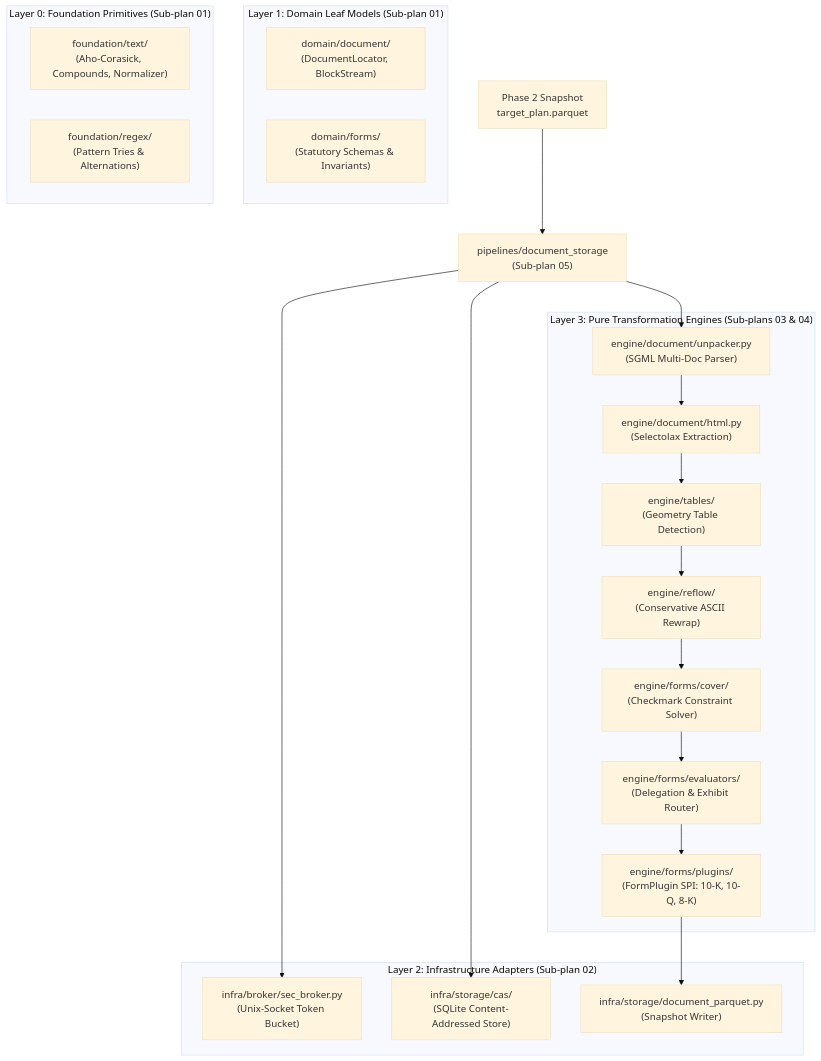
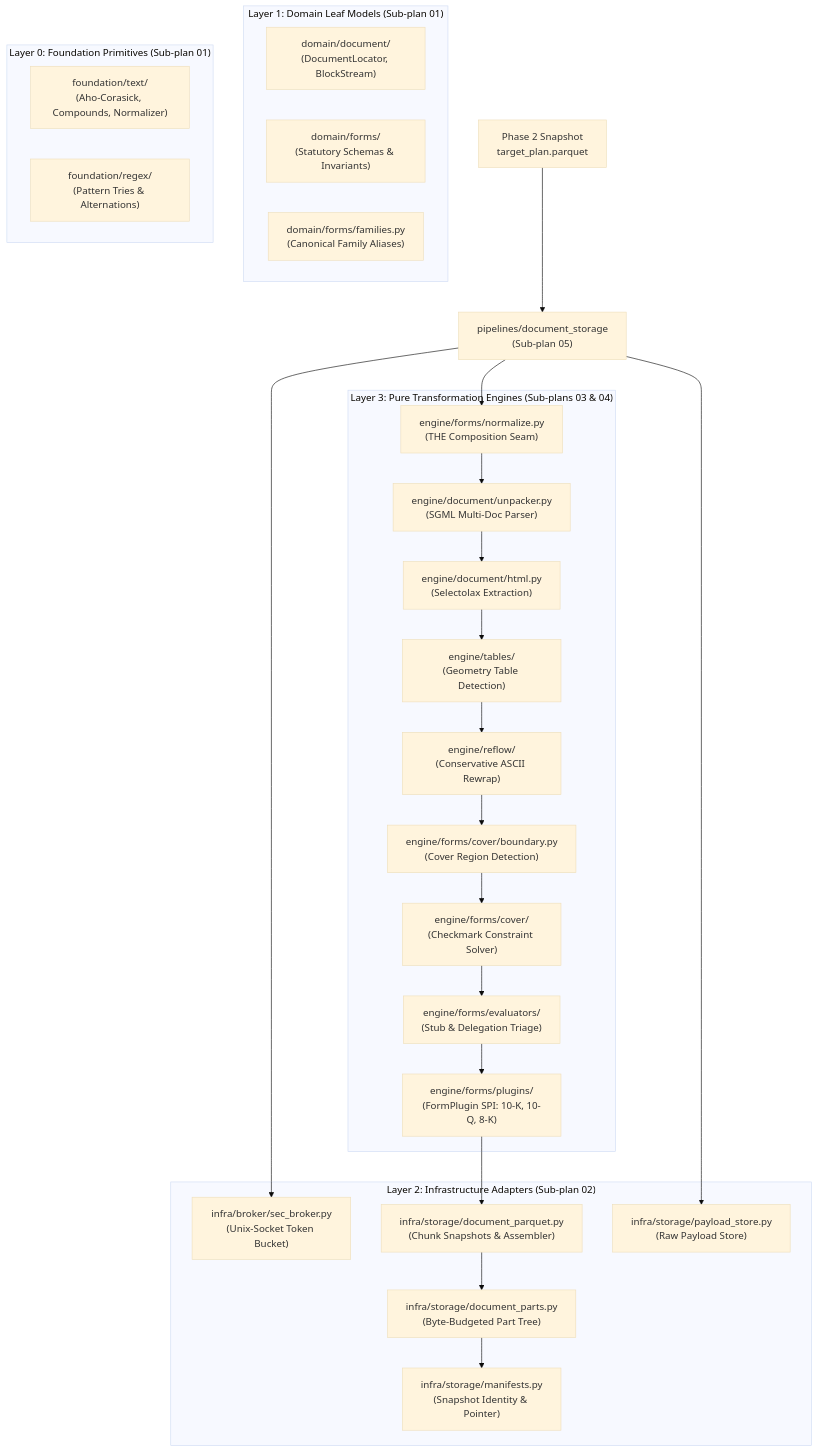
The first of 3 diagrams in roadmap/refactor_v2/phase_2_5.md (DerivedFunction01/edgar-sec), drawn with Mermaid (base theme) before and after one commit. The commit also changed other lines of this file and 242 other files, not shown here.

````diff
--- a/roadmap/refactor_v2/phase_2_5.md
+++ b/roadmap/refactor_v2/phase_2_5.md
@@ -26,41 +26,50 @@
 ```mermaid
 graph TD
     P2["Phase 2 Snapshot<br/>target_plan.parquet"] --> Pipe["pipelines/document_storage<br/>(Sub-plan 05)"]
     
     subgraph "Layer 2: Infrastructure Adapters (Sub-plan 02)"
         Broker["infra/broker/sec_broker.py<br/>(Unix-Socket Token Bucket)"]
-        CAS["infra/storage/cas/<br/>(SQLite Content-Addressed Store)"]
-        ParquetOut["infra/storage/document_parquet.py<br/>(Snapshot Writer)"]
+        ParquetOut["infra/storage/document_parquet.py<br/>(Chunk Snapshots & Assembler)"]
+        Parts["infra/storage/document_parts.py<br/>(Byte-Budgeted Part Tree)"]
+        Manifests["infra/storage/manifests.py<br/>(Snapshot Identity & Pointer)"]
+        Payloads["infra/storage/payload_store.py<br/>(Raw Payload Store)"]
     end
 
     subgraph "Layer 3: Pure Transformation Engines (Sub-plans 03 & 04)"
         SGML["engine/document/unpacker.py<br/>(SGML Multi-Doc Parser)"]
         HTML["engine/document/html.py<br/>(Selectolax Extraction)"]
         Reflow["engine/reflow/<br/>(Conservative ASCII Rewrap)"]
         Tables["engine/tables/<br/>(Geometry Table Detection)"]
+        Boundary["engine/forms/cover/boundary.py<br/>(Cover Region Detection)"]
         Cover["engine/forms/cover/<br/>(Checkmark Constraint Solver)"]
-        Evaluators["engine/forms/evaluators/<br/>(Delegation & Exhibit Router)"]
+        Evaluators["engine/forms/evaluators/<br/>(Stub & Delegation Triage)"]
         Plugins["engine/forms/plugins/<br/>(FormPlugin SPI: 10-K, 10-Q, 8-K)"]
+        Seam["engine/forms/normalize.py<br/>(THE Composition Seam)"]
     end
 
     subgraph "Layer 1: Domain Leaf Models (Sub-plan 01)"
         DocDomain["domain/document/<br/>(DocumentLocator, BlockStream)"]
         FormDomain["domain/forms/<br/>(Statutory Schemas & Invariants)"]
+        Families["domain/forms/families.py<br/>(Canonical Family Aliases)"]
     end
 
     subgraph "Layer 0: Foundation Primitives (Sub-plan 01)"
         FoundText["foundation/text/<br/>(Aho-Corasick, Compounds, Normalizer)"]
         FoundRegex["foundation/regex/<br/>(Pattern Tries & Alternations)"]
     end
 
-    Pipe --> Broker
-    Pipe --> CAS
-    Pipe --> SGML
+    Pipe --> Seam
+    Seam --> SGML
     SGML --> HTML
     HTML --> Tables
     Tables --> Reflow
-    Reflow --> Cover
+    Reflow --> Boundary
+    Boundary --> Cover
     Cover --> Evaluators
     Evaluators --> Plugins
     Plugins --> ParquetOut
+    ParquetOut --> Parts
+    Parts --> Manifests
+    Pipe --> Payloads
+    Pipe --> Broker
 ```
````
